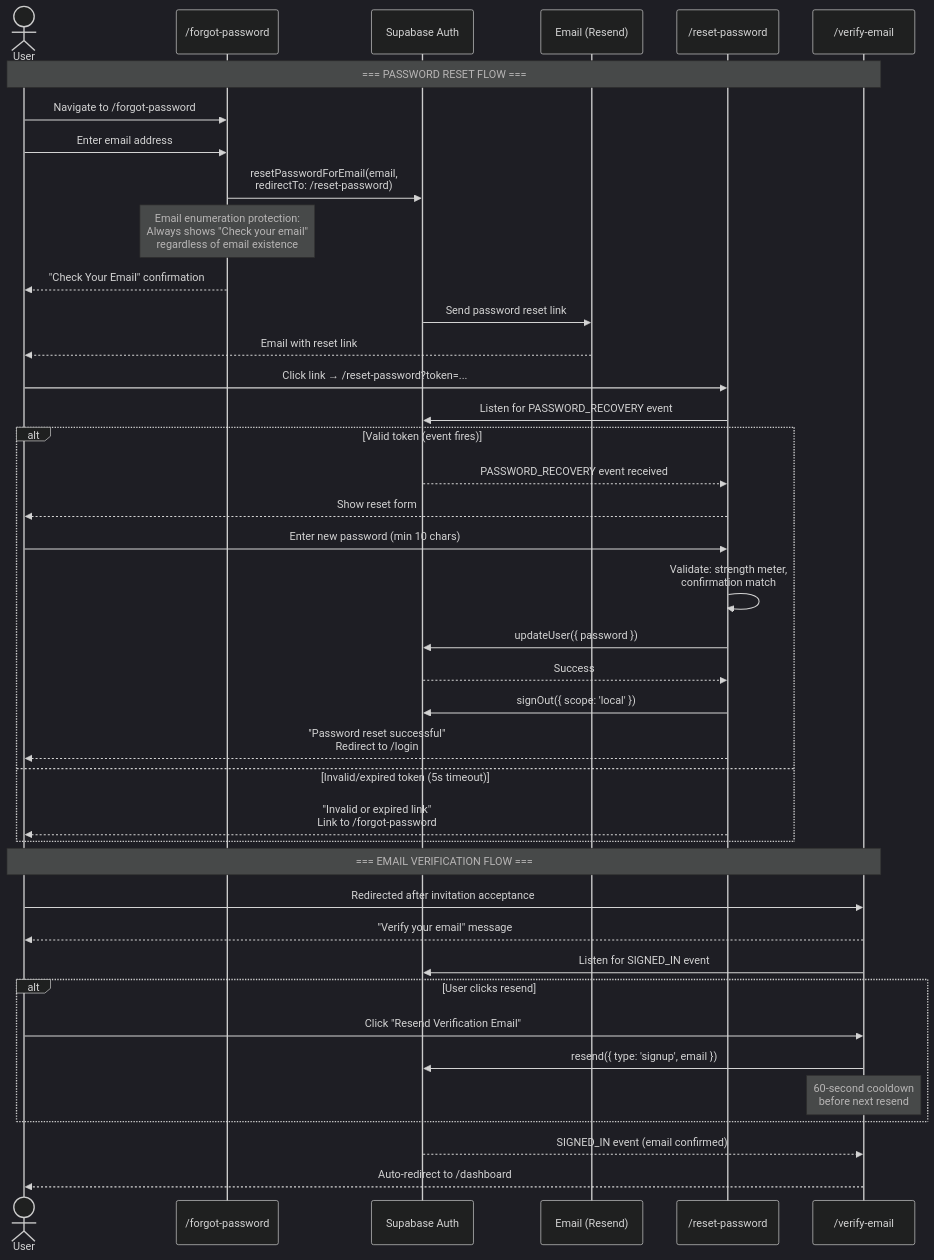
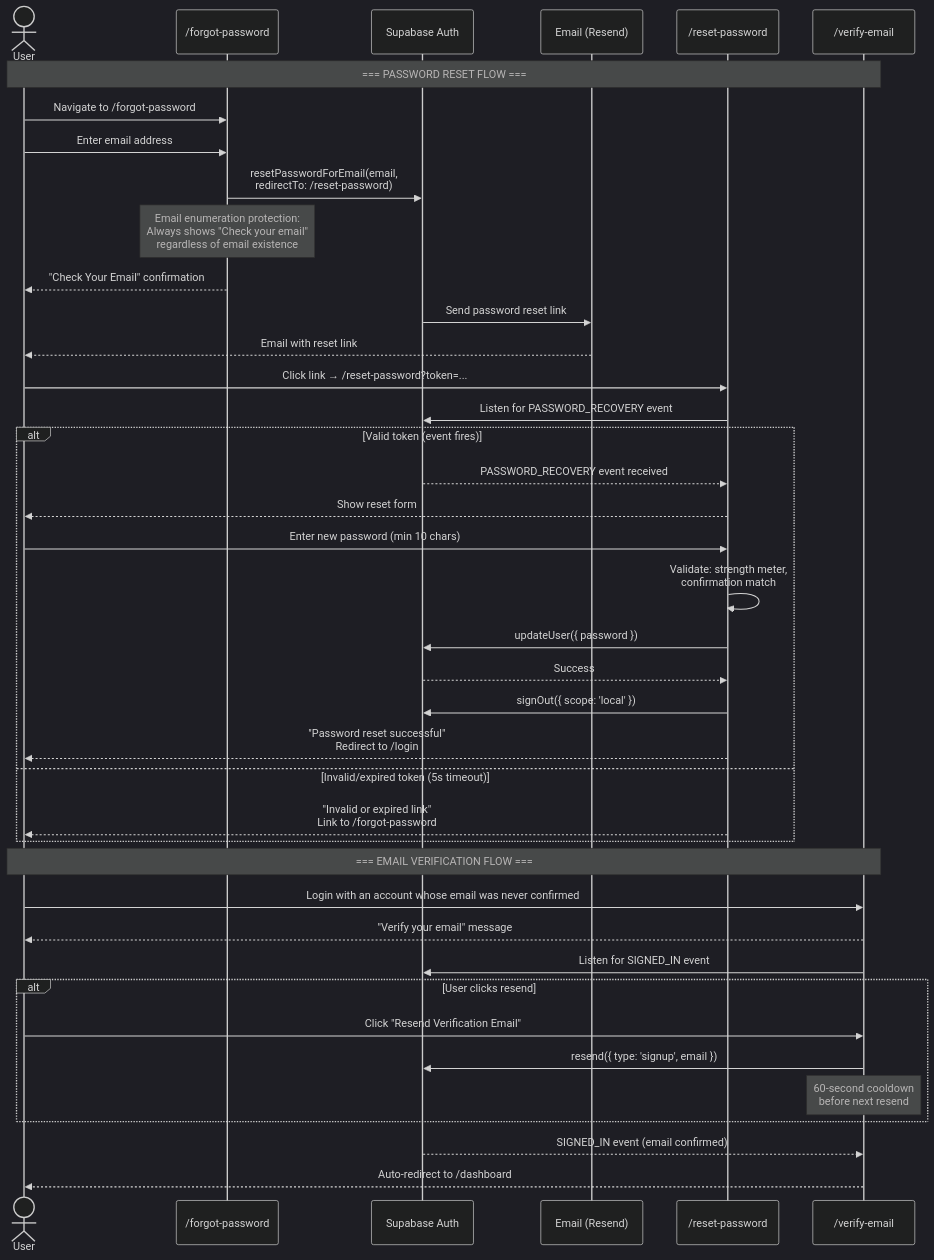
One commit to nickosmas/dub-grid changed the diagram in docs/authentication.md. Above: the diagram before and after it, drawn with Mermaid (dark theme). The commit also changed other lines of this file and 10 other files, not shown here.

````diff
--- a/docs/authentication.md
+++ b/docs/authentication.md
@@ -176,52 +176,52 @@
 ```mermaid
 sequenceDiagram
     actor User
     participant ForgotPage as /forgot-password
     participant SupaAuth as Supabase Auth
     participant Email as Email (Resend)
     participant ResetPage as /reset-password
     participant VerifyPage as /verify-email
 
     Note over User,VerifyPage: === PASSWORD RESET FLOW ===
 
     User->>ForgotPage: Navigate to /forgot-password
     User->>ForgotPage: Enter email address
     ForgotPage->>SupaAuth: resetPasswordForEmail(email,<br/>redirectTo: /reset-password)
 
     Note over ForgotPage: Email enumeration protection:<br/>Always shows "Check your email"<br/>regardless of email existence
 
     ForgotPage-->>User: "Check Your Email" confirmation
     SupaAuth->>Email: Send password reset link
     Email-->>User: Email with reset link
 
     User->>ResetPage: Click link → /reset-password?token=...
     ResetPage->>SupaAuth: Listen for PASSWORD_RECOVERY event
 
     alt Valid token (event fires)
         SupaAuth-->>ResetPage: PASSWORD_RECOVERY event received
         ResetPage-->>User: Show reset form
         User->>ResetPage: Enter new password (min 10 chars)
         ResetPage->>ResetPage: Validate: strength meter,<br/>confirmation match
         ResetPage->>SupaAuth: updateUser({ password })
         SupaAuth-->>ResetPage: Success
         ResetPage->>SupaAuth: signOut({ scope: 'local' })
         ResetPage-->>User: "Password reset successful"<br/>Redirect to /login
     else Invalid/expired token (5s timeout)
         ResetPage-->>User: "Invalid or expired link"<br/>Link to /forgot-password
     end
 
     Note over User,VerifyPage: === EMAIL VERIFICATION FLOW ===
 
-    User->>VerifyPage: Redirected after invitation acceptance
+    User->>VerifyPage: Login with an account whose email was never confirmed
     VerifyPage-->>User: "Verify your email" message
     VerifyPage->>SupaAuth: Listen for SIGNED_IN event
 
     alt User clicks resend
         User->>VerifyPage: Click "Resend Verification Email"
         VerifyPage->>SupaAuth: resend({ type: 'signup', email })
         Note over VerifyPage: 60-second cooldown<br/>before next resend
     end
 
     SupaAuth-->>VerifyPage: SIGNED_IN event (email confirmed)
     VerifyPage-->>User: Auto-redirect to /dashboard
 ```
````
